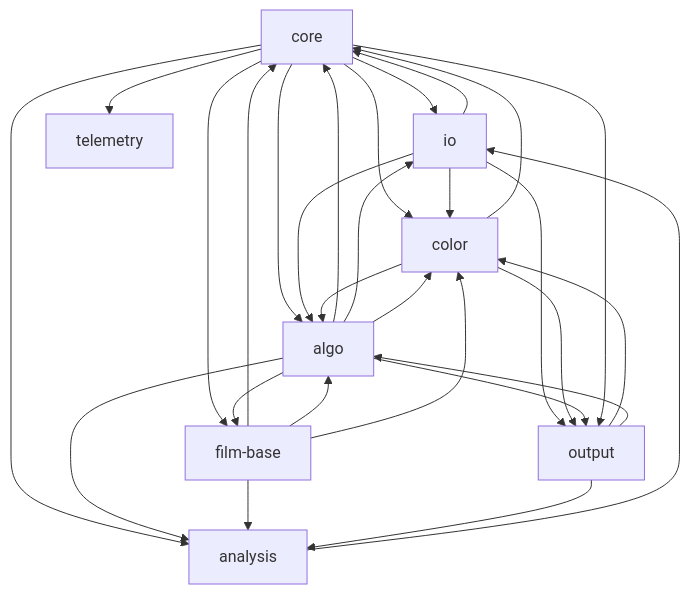
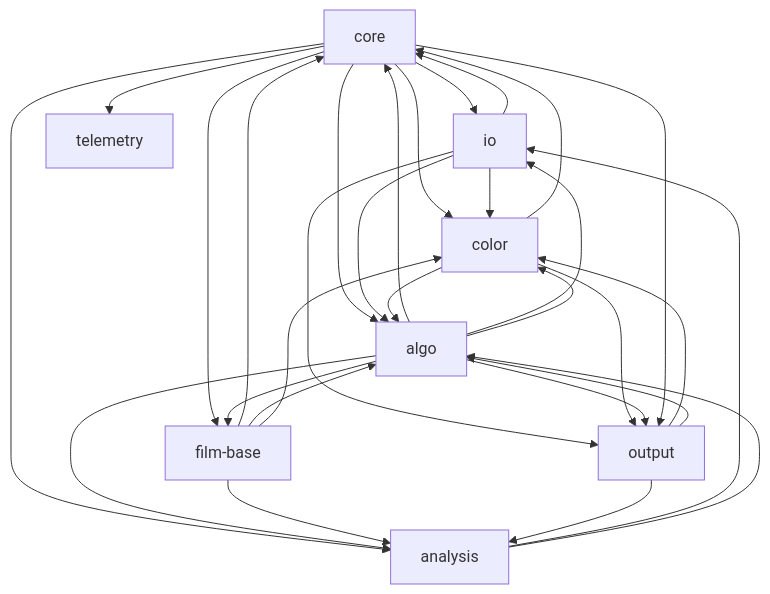
Before and after one commit to lix42/hanten: the first of 2 diagrams in docs/TASKS.md, drawn with Mermaid. The commit also changed other lines of this file and 6 other files, not shown here.

First line of the commit message:
Plan the metrics chart work, and file the contrast/latitude spike (#112)

````diff
--- a/docs/TASKS.md
+++ b/docs/TASKS.md
@@ -99,39 +99,40 @@
 ```mermaid
 graph TD
   core
   io
   film-base
   algo
   color
   output
   telemetry
   analysis
   core --> io
   core --> color
   core --> film-base
   core --> algo
   io --> core
   color --> core
   film-base --> core
   algo --> core
   analysis --> io
   core --> analysis
   core --> telemetry
   algo --> analysis
+  analysis --> algo
   film-base --> analysis
   algo --> film-base
   algo --> io
   io --> color
   io --> algo
   io --> output
   film-base --> algo
   algo --> color
   color --> algo
   film-base --> color
   color --> output
   algo --> output
   output --> color
   core --> output
   output --> algo
   output --> analysis
 ```
````
